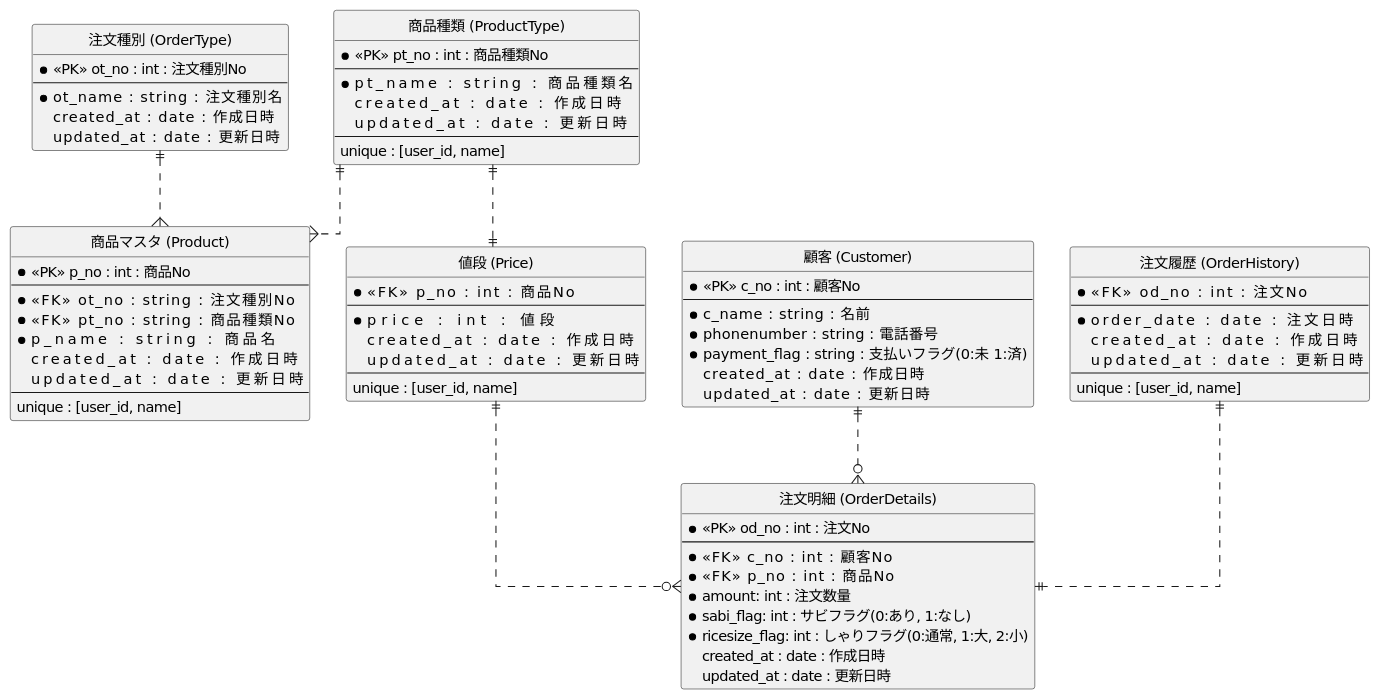
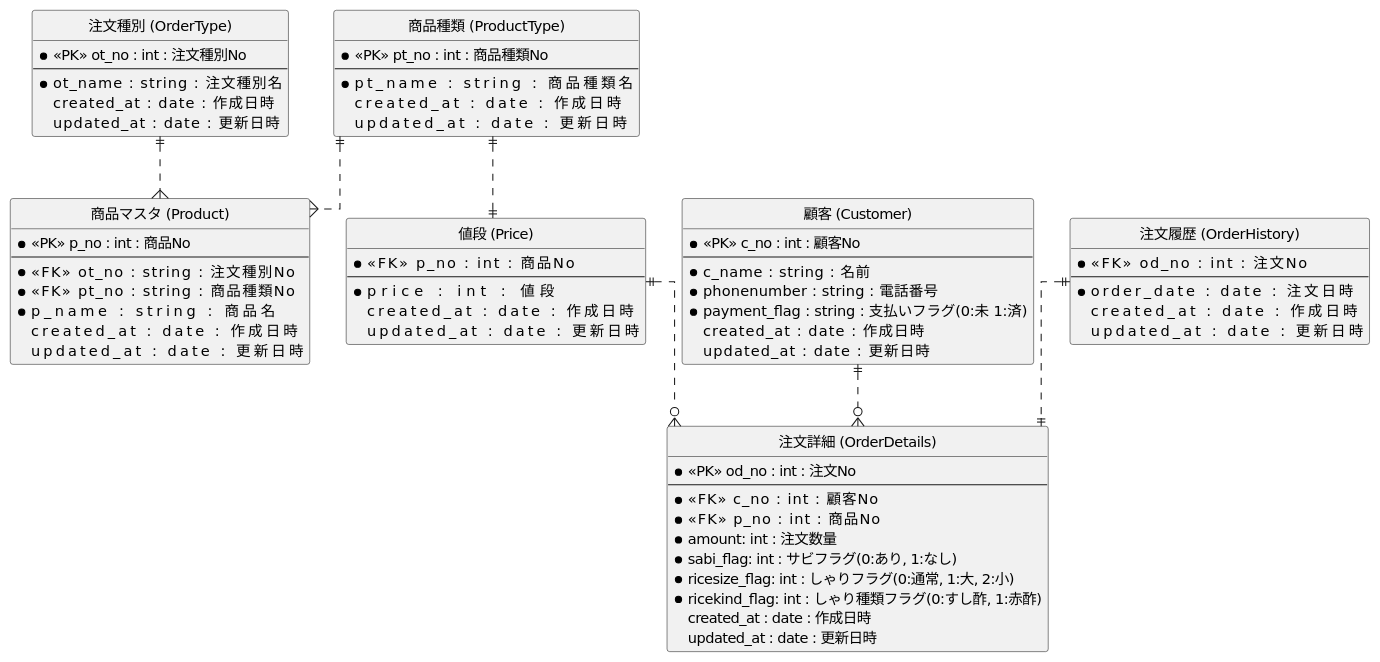
Before and after one commit to SatakeYusuke19920527/PrAhaChallenge: the diagram in 01.データベース設計/DBモデリング1/ERdiagram.pu, drawn with PlantUML. The commit also changed 4 other files, not shown here.

```diff
--- a/01.データベース設計/DBモデリング1/ERdiagram.pu
+++ b/01.データベース設計/DBモデリング1/ERdiagram.pu
@@ -1,84 +1,77 @@
 @startuml sushi
  hide circle
  skinparam linetype ortho
 
  entity "注文種別 (OrderType)" as OrderType {
      * <<PK>> ot_no : int : 注文種別No
      --
      * ot_name       : string    : 注文種別名
      created_at      : date      : 作成日時
      updated_at      : date      : 更新日時
  }
-
+ 
  entity "商品マスタ (Product)" as Product {
      * <<PK>> p_no : int : 商品No
      --
      * <<FK>> ot_no              : string : 注文種別No
      * <<FK>> pt_no              : string : 商品種類No
      * p_name                    : string    : 商品名
      created_at                  : date      : 作成日時
      updated_at                  : date      : 更新日時
-     --
-     unique : [user_id, name] 
  }
 
  entity "商品種類 (ProductType)" as ProductType {
      * <<PK>> pt_no : int : 商品種類No
      --
      * pt_name                    : string    : 商品種類名
      created_at                  : date      : 作成日時
      updated_at                  : date      : 更新日時
-     --
-     unique : [user_id, name] 
  }
 
   entity "値段 (Price)" as Price {
      * <<FK>> p_no              : int : 商品No
      --
      * price                    : int    : 値段
      created_at                  : date      : 作成日時
      updated_at                  : date      : 更新日時
-     --
-     unique : [user_id, name] 
  }
 
  entity "顧客 (Customer)" as Customer {
      * <<PK>> c_no : int : 顧客No
      --
      * c_name    : string    : 名前
      * phonenumber  : string    : 電話番号
      * payment_flag  : string    : 支払いフラグ(0:未 1:済)
      created_at      : date      : 作成日時
      updated_at      : date      : 更新日時
  }
 
- entity "注文明細 (OrderDetails)" as OrderDetails {
+ entity "注文詳細 (OrderDetails)" as OrderDetails {
      * <<PK>> od_no : int : 注文No
      --
      * <<FK>> c_no          : int : 顧客No
      * <<FK>> p_no          : int : 商品No
      * amount: int : 注文数量 
      * sabi_flag: int : サビフラグ(0:あり, 1:なし)
      * ricesize_flag: int : しゃりフラグ(0:通常, 1:大, 2:小)
+     * ricekind_flag: int : しゃり種類フラグ(0:すし酢, 1:赤酢)
      created_at : date : 作成日時
      updated_at : date : 更新日時
  }
 
 entity "注文履歴 (OrderHistory)" as OrderHistory {
      * <<FK>> od_no              : int : 注文No
      --
      * order_date                : date      : 注文日時
      created_at                  : date      : 作成日時
      updated_at                  : date      : 更新日時
-     --
-     unique : [user_id, name] 
  }
 
  OrderType ||..{ Product
  ProductType ||..{ Product
  ProductType ||..|| Price
  Customer ||..o{ OrderDetails
  Price ||..o{ OrderDetails
  OrderHistory ||..|| OrderDetails
 
  @enduml
```
